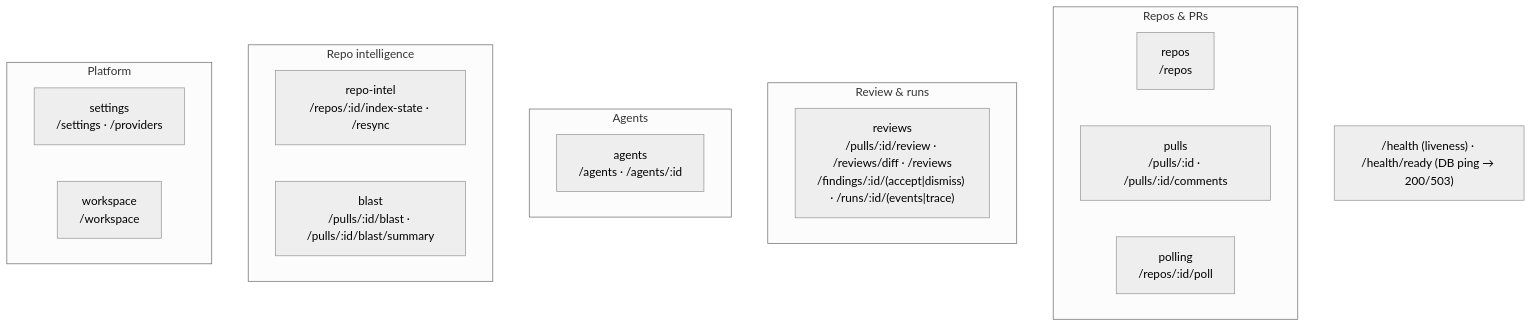
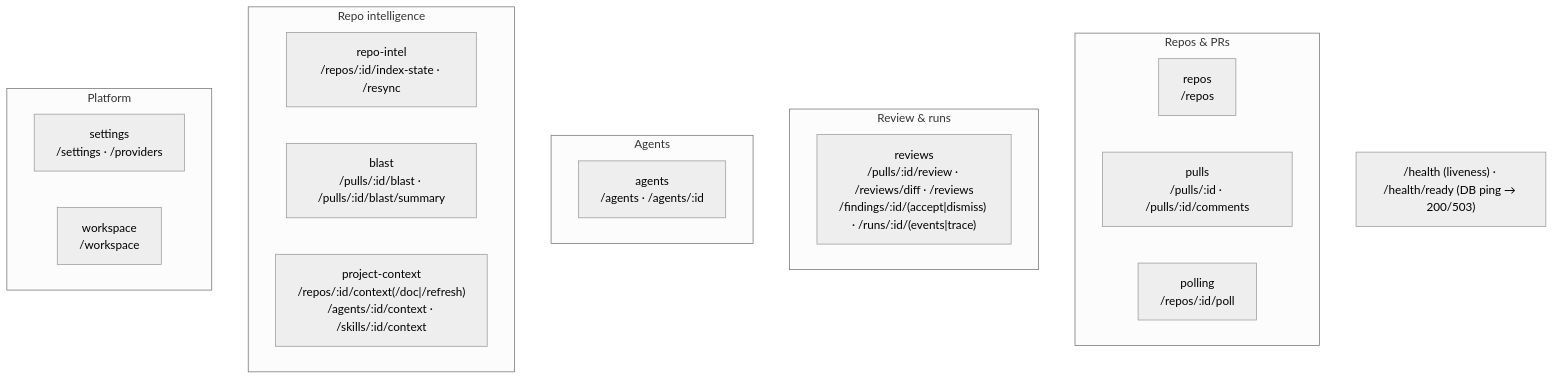
Before and after one commit to mcmaxwell/dev-digest: the second of 2 diagrams in server/README.md, drawn with Mermaid (neutral theme). The commit also changed other lines of this file and 90 other files, not shown here.

First line of the commit message:
feat(project-context): L05 project documents end to end

````diff
--- a/server/README.md
+++ b/server/README.md
@@ -64,23 +64,24 @@
 ```mermaid
 flowchart TB
   subgraph Repos_PRs["Repos & PRs"]
     repos["repos<br/>/repos"]
     pulls["pulls<br/>/pulls/:id · /pulls/:id/comments"]
     polling["polling<br/>/repos/:id/poll"]
   end
   subgraph Review["Review & runs"]
     reviews["reviews<br/>/pulls/:id/review · /reviews/diff · /reviews<br/>/findings/:id/(accept|dismiss) · /runs/:id/(events|trace)"]
   end
   subgraph Agents["Agents"]
     agents["agents<br/>/agents · /agents/:id"]
   end
   subgraph Intel["Repo intelligence"]
     repoIntel["repo-intel<br/>/repos/:id/index-state · /resync"]
     blast["blast<br/>/pulls/:id/blast · /pulls/:id/blast/summary"]
+    projectContext["project-context<br/>/repos/:id/context(/doc|/refresh)<br/>/agents/:id/context · /skills/:id/context"]
   end
   subgraph Platform["Platform"]
     settings["settings<br/>/settings · /providers"]
     workspace["workspace<br/>/workspace"]
   end
   HEALTH["/health (liveness) · /health/ready (DB ping → 200/503)"]
 ```
````
